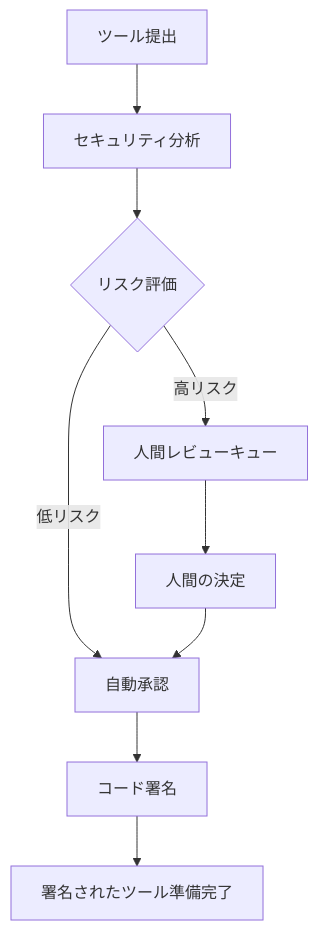
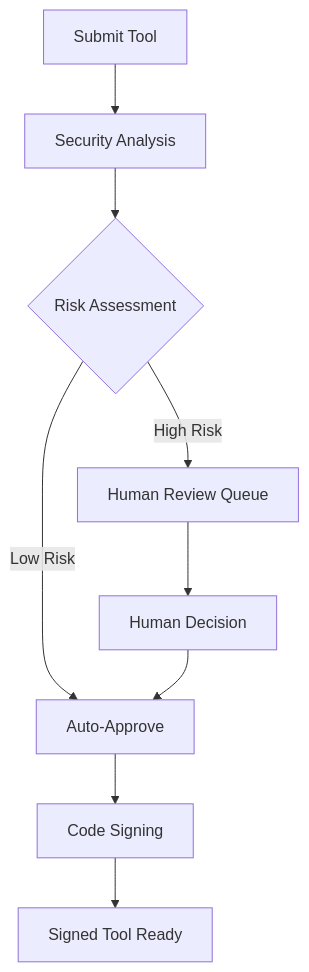
The diagram in docs/api-reference.ja.md (ThirdKeyAI/Symbiont), drawn with Mermaid before and after one commit. The commit also changed other lines of this file and 25 other files, not shown here.

````diff
--- a/docs/api-reference.ja.md
+++ b/docs/api-reference.ja.md
@@ -47,11 +941,11 @@
 ```mermaid
 graph TD
-    A[ツール提出] --> B[セキュリティ分析]
-    B --> C{リスク評価}
-    C -->|低リスク| D[自動承認]
-    C -->|高リスク| E[人間レビューキュー]
-    E --> F[人間の決定]
+    A[Submit Tool] --> B[Security Analysis]
+    B --> C{Risk Assessment}
+    C -->|Low Risk| D[Auto-Approve]
+    C -->|High Risk| E[Human Review Queue]
+    E --> F[Human Decision]
     F --> D
-    D --> G[コード署名]
-    G --> H[署名されたツール準備完了]
+    D --> G[Code Signing]
+    G --> H[Signed Tool Ready]
 ```
````
